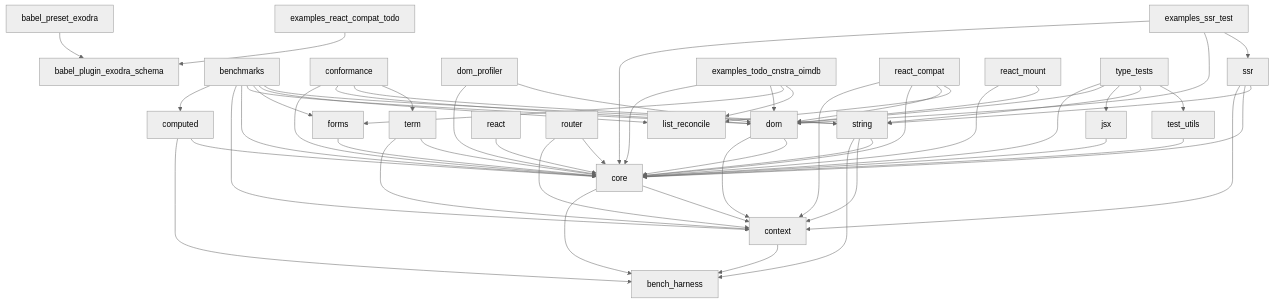
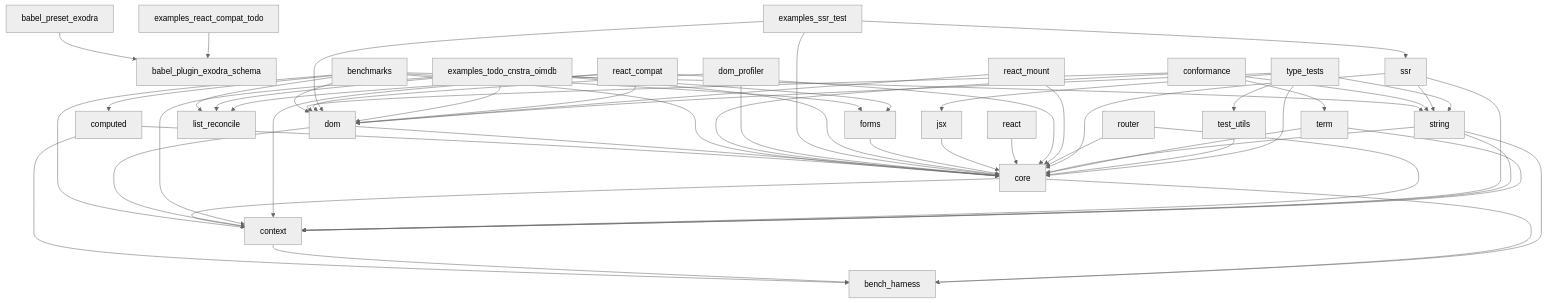
One commit to abaikov/exodra changed the diagram in docs-site/docs/architecture/package-graph.md. Above: the diagram before and after it, drawn with Mermaid (neutral theme). The commit also changed 188 other files, not shown here.

````diff
--- a/docs-site/docs/architecture/package-graph.md
+++ b/docs-site/docs/architecture/package-graph.md
@@ -16,57 +16,58 @@
 ```mermaid
 graph TD
     babel_preset_exodra --> babel_plugin_exodra_schema
     benchmarks --> computed
     benchmarks --> context
     benchmarks --> core
     benchmarks --> dom
     benchmarks --> forms
     benchmarks --> list_reconcile
     benchmarks --> string
     computed --> bench_harness
     computed --> core
     conformance --> core
     conformance --> dom
     conformance --> string
     conformance --> term
     context --> bench_harness
     core --> bench_harness
     core --> context
     dom --> context
     dom --> core
     dom_profiler --> core
     dom_profiler --> dom
     examples_react_compat_todo --> babel_plugin_exodra_schema
     examples_ssr_test --> core
     examples_ssr_test --> dom
     examples_ssr_test --> ssr
+    examples_todo_cnstra_oimdb --> context
     examples_todo_cnstra_oimdb --> core
     examples_todo_cnstra_oimdb --> dom
     examples_todo_cnstra_oimdb --> forms
     examples_todo_cnstra_oimdb --> list_reconcile
     forms --> core
     jsx --> core
     react --> core
     react_compat --> context
     react_compat --> core
     react_compat --> dom
     react_compat --> list_reconcile
     react_mount --> core
     react_mount --> dom
     router --> context
     router --> core
     ssr --> context
     ssr --> core
     ssr --> string
     string --> bench_harness
     string --> context
     string --> core
     term --> context
     term --> core
     test_utils --> core
     type_tests --> core
     type_tests --> dom
     type_tests --> jsx
     type_tests --> string
     type_tests --> test_utils
 ```
````
